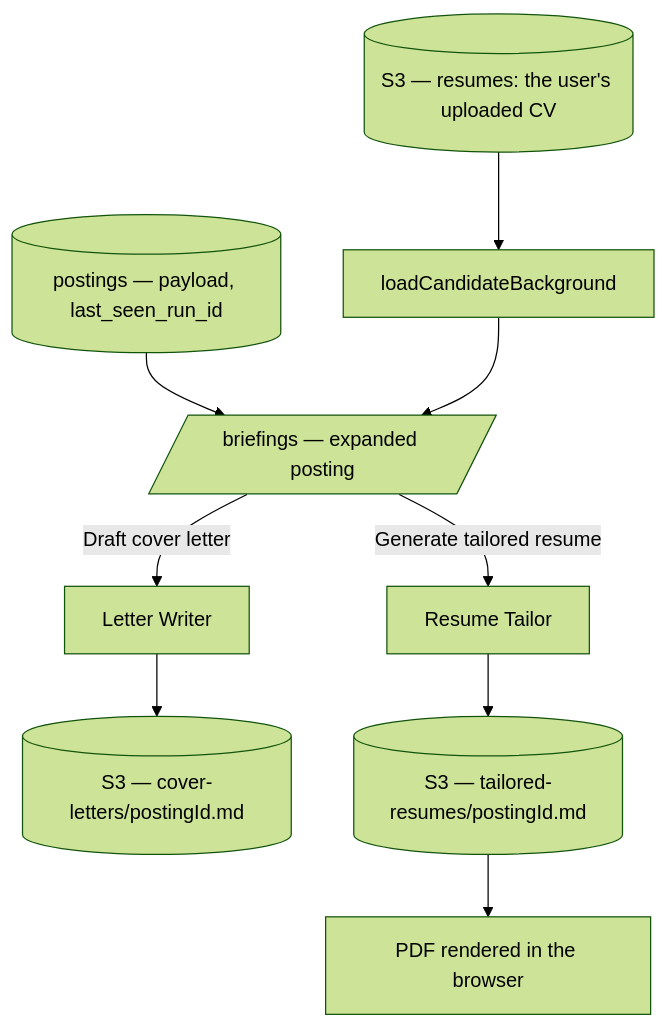
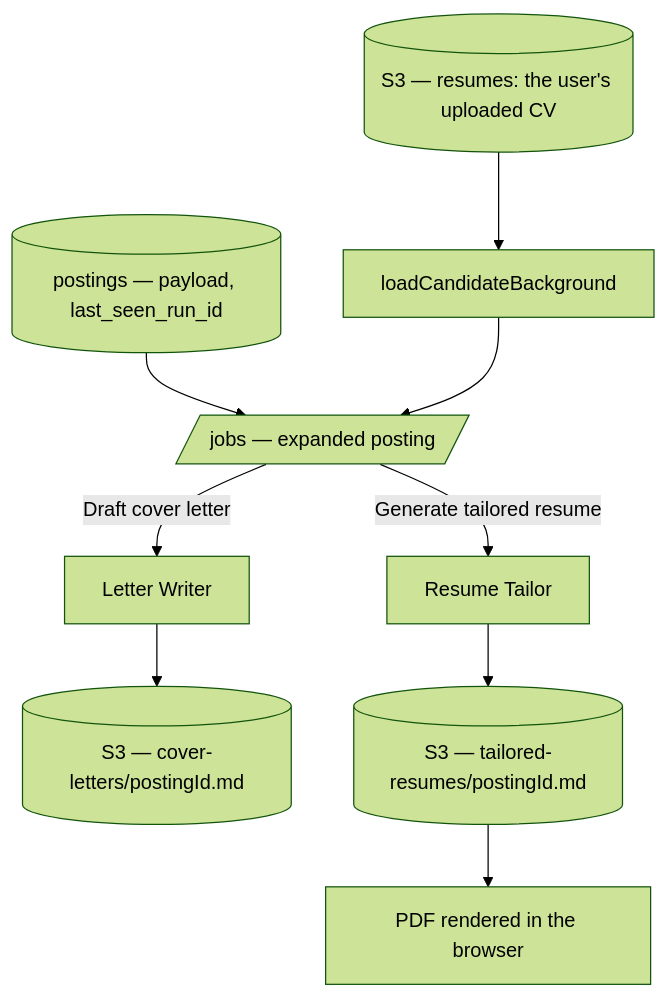
The second of 3 diagrams in OVERVIEW.md (sunnyeyles/control-panel), drawn with Mermaid (forest theme) before and after one commit. The commit also changed other lines of this file and 56 other files, not shown here.

````diff
--- a/OVERVIEW.md
+++ b/OVERVIEW.md
@@ -132,11 +132,11 @@
 ```mermaid
 flowchart TD
-    PT[(postings — payload, last_seen_run_id)] --> BR[/briefings — expanded posting/]
+    PT[(postings — payload, last_seen_run_id)] --> BR[/jobs — expanded posting/]
     DOC[(S3 — resumes: the user's uploaded CV)] --> BG[loadCandidateBackground]
     BG --> BR
     BR -->|Draft cover letter| LW[Letter Writer]
     BR -->|Generate tailored resume| RT[Resume Tailor]
     LW --> CL[(S3 — cover-letters/postingId.md)]
     RT --> TR[(S3 — tailored-resumes/postingId.md)]
     TR --> PDF[PDF rendered in the browser]
 ```
````
